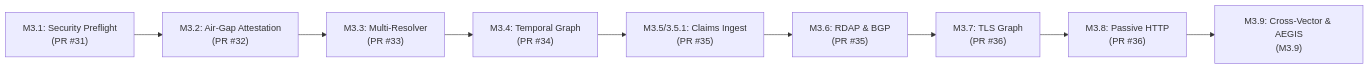
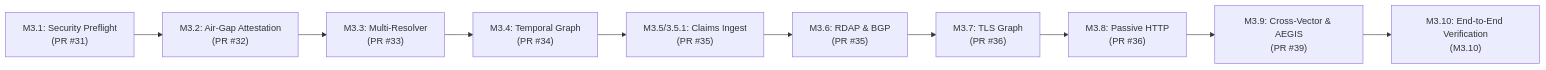
The diagram in docs/DOCUMENTATION_INDEX.md (pseudozac/anie), drawn with Mermaid before and after one commit. The commit also changed other lines of this file and 15 other files, not shown here.

````diff
--- a/docs/DOCUMENTATION_INDEX.md
+++ b/docs/DOCUMENTATION_INDEX.md
@@ -33,11 +33,12 @@
 ```mermaid
 flowchart LR
     M31["M3.1: Security Preflight<br/>(PR #31)"] --> M32["M3.2: Air-Gap Attestation<br/>(PR #32)"]
     M32 --> M33["M3.3: Multi-Resolver<br/>(PR #33)"]
     M33 --> M34["M3.4: Temporal Graph<br/>(PR #34)"]
     M34 --> M35["M3.5/3.5.1: Claims Ingest<br/>(PR #35)"]
     M35 --> M36["M3.6: RDAP & BGP<br/>(PR #35)"]
     M36 --> M37["M3.7: TLS Graph<br/>(PR #36)"]
     M37 --> M38["M3.8: Passive HTTP<br/>(PR #36)"]
-    M38 --> M39["M3.9: Cross-Vector & AEGIS<br/>(M3.9)"]
+    M38 --> M39["M3.9: Cross-Vector & AEGIS<br/>(PR #39)"]
+    M39 --> M310["M3.10: End-to-End Verification<br/>(M3.10)"]
 ```
````
